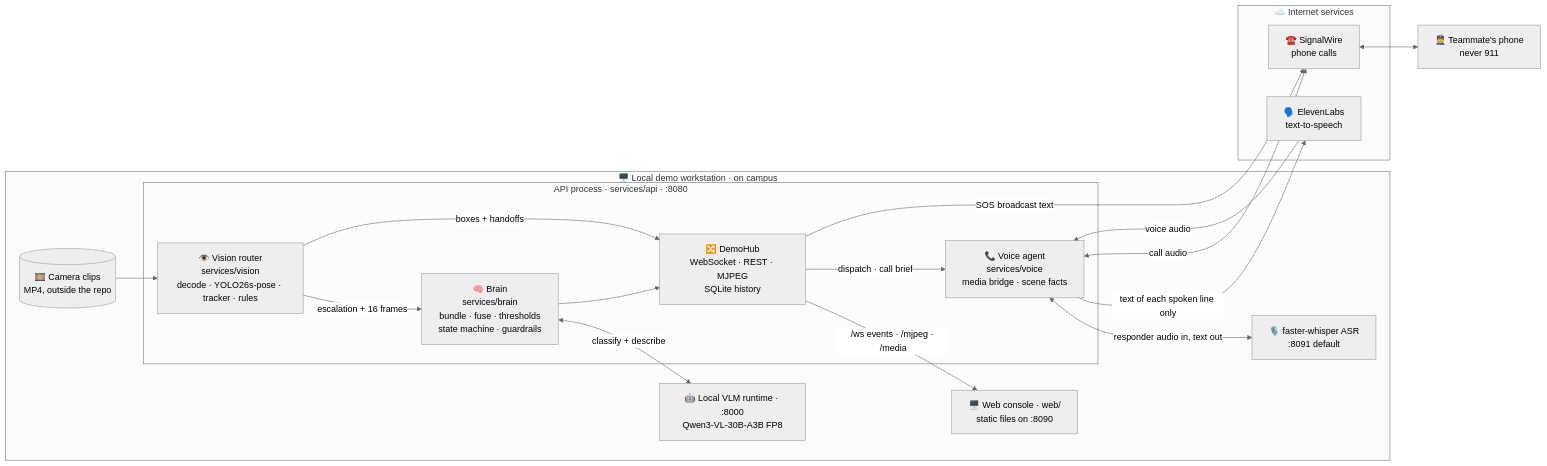
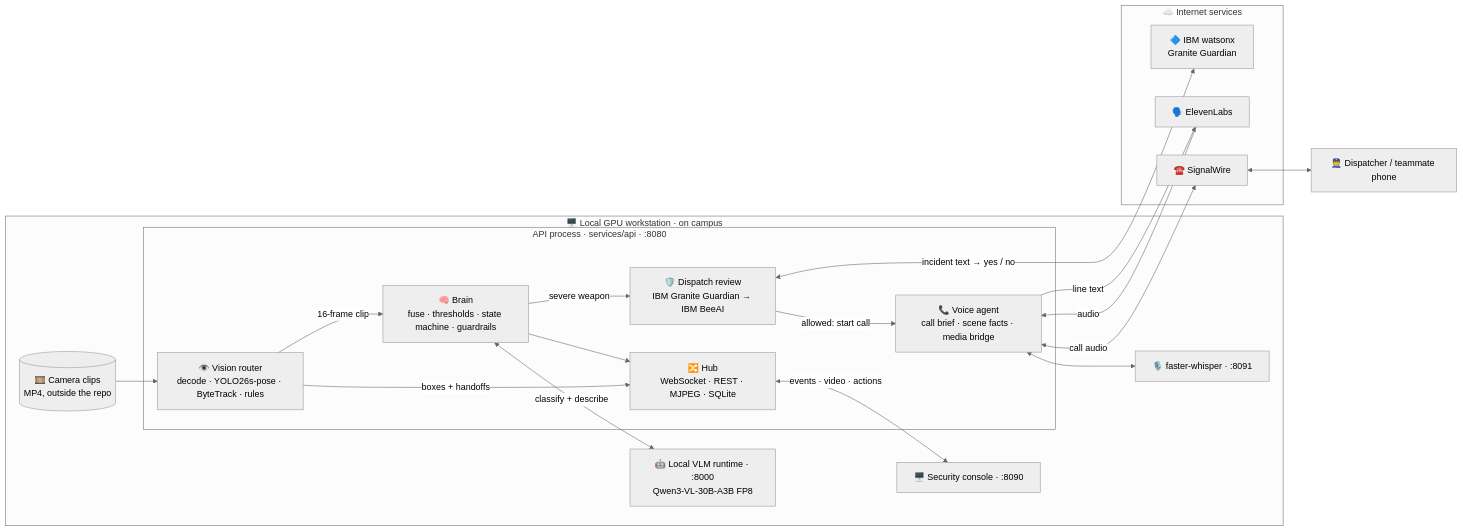
The second of 2 diagrams in README.md (ayushgawai/Sentinel-AI-IBM), drawn with Mermaid (neutral theme) before and after one commit. The commit also changed other lines of this file and 7 other files, not shown here.

First line of the commit message:
docs: README for SpartHill Hacks 2026 with IBM Granite Guardian, watsonx and BeeAI

````diff
--- a/README.md
+++ b/README.md
@@ -310,36 +262,39 @@
 ```mermaid
 flowchart LR
-    subgraph BOX["🖥️ Local demo workstation · on campus"]
+    subgraph BOX["🖥️ Local GPU workstation · on campus"]
         CLIPS[("🎞️ Camera clips<br/>MP4, outside the repo")]
 
         subgraph APIPROC["API process · services/api · :8080"]
-            VIS["👁️ Vision router<br/>services/vision<br/>decode · YOLO26s-pose · tracker · rules"]
-            BRAIN["🧠 Brain<br/>services/brain<br/>bundle · fuse · thresholds<br/>state machine · guardrails"]
-            HUB["🔀 DemoHub<br/>WebSocket · REST · MJPEG<br/>SQLite history"]
-            VOICE["📞 Voice agent<br/>services/voice<br/>media bridge · scene facts"]
+            VIS["👁️ Vision router<br/>decode · YOLO26s-pose · ByteTrack · rules"]
+            BRAIN["🧠 Brain<br/>fuse · thresholds · state machine · guardrails"]
+            REVIEW["🛡️ Dispatch review<br/>IBM Granite Guardian → IBM BeeAI"]
+            HUB["🔀 Hub<br/>WebSocket · REST · MJPEG · SQLite"]
+            VOICE["📞 Voice agent<br/>call brief · scene facts · media bridge"]
         end
 
         ZRT["🤖 Local VLM runtime · :8000<br/>Qwen3-VL-30B-A3B FP8"]
-        ASR["🎙️ faster-whisper ASR<br/>:8091 default"]
-        WEB["🖥️ Web console · web/<br/>static files on :8090"]
+        ASR["🎙️ faster-whisper · :8091"]
+        WEB["🖥️ Security console · :8090"]
     end
 
     subgraph CLOUD["☁️ Internet services"]
-        EL["🗣️ ElevenLabs<br/>text-to-speech"]
-        SW["☎️ SignalWire<br/>phone calls"]
+        WX["🔷 IBM watsonx<br/>Granite Guardian"]
+        EL["🗣️ ElevenLabs"]
+        SW["☎️ SignalWire"]
     end
 
     CLIPS --> VIS
-    VIS -->|"escalation + 16 frames"| BRAIN
+    VIS -->|"16-frame clip"| BRAIN
     BRAIN <-->|"classify + describe"| ZRT
+    BRAIN -->|"severe weapon"| REVIEW
+    REVIEW <-->|"incident text → yes / no"| WX
+    REVIEW -->|"allowed: start call"| VOICE
     BRAIN --> HUB
     VIS -->|"boxes + handoffs"| HUB
-    HUB -->|"/ws events · /mjpeg · /media"| WEB
-    HUB -->|"dispatch · call brief"| VOICE
-    VOICE <-->|"responder audio in, text out"| ASR
-    VOICE -->|"text of each spoken line only"| EL
-    EL -->|"voice audio"| VOICE
+    HUB <-->|"events · video · actions"| WEB
+    VOICE <--> ASR
+    VOICE -->|"line text"| EL
+    EL -->|"audio"| VOICE
     VOICE <-->|"call audio"| SW
-    HUB -->|"SOS broadcast text"| SW
-    SW <--> PHONE["👮 Teammate's phone<br/>never 911"]
+    SW <--> PHONE["👮 Dispatcher / teammate phone"]
 ```
````
